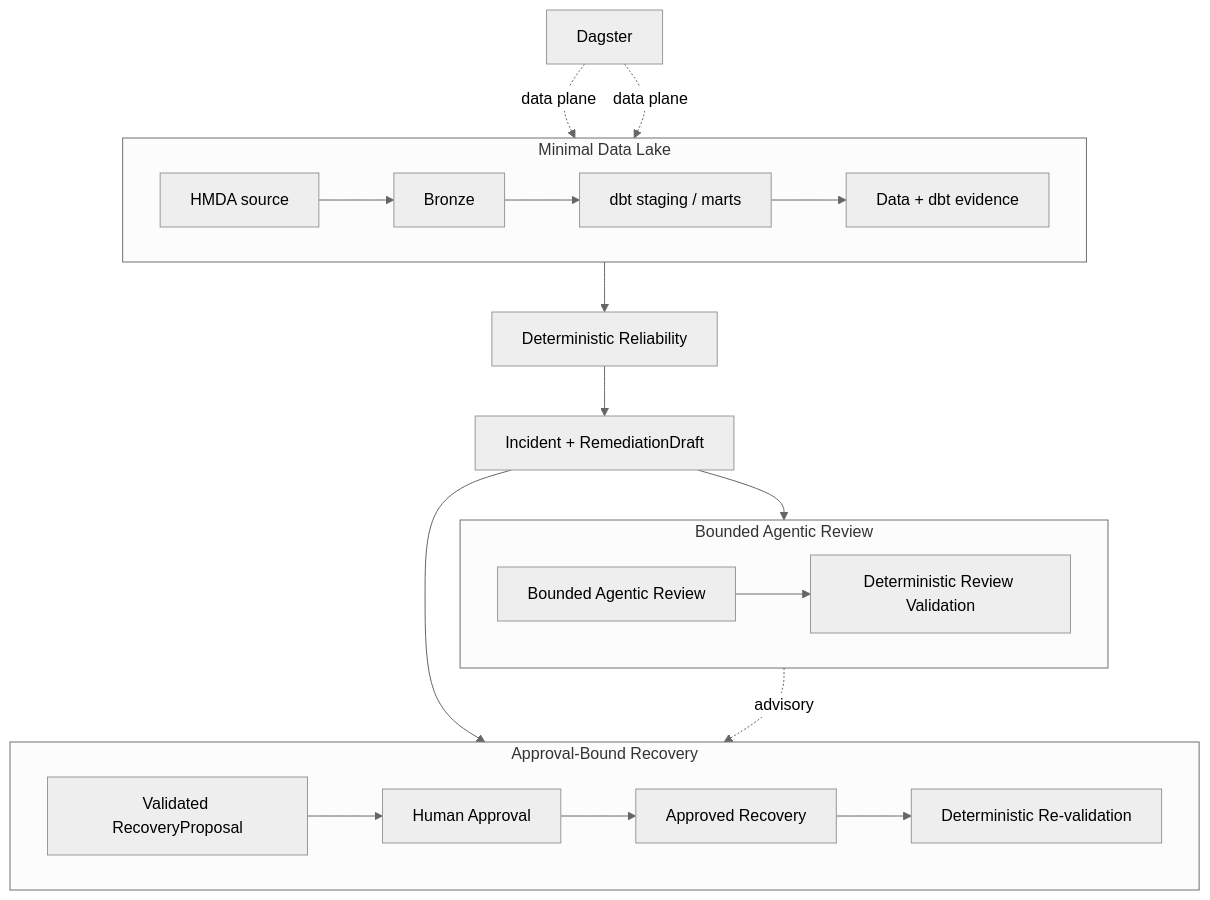
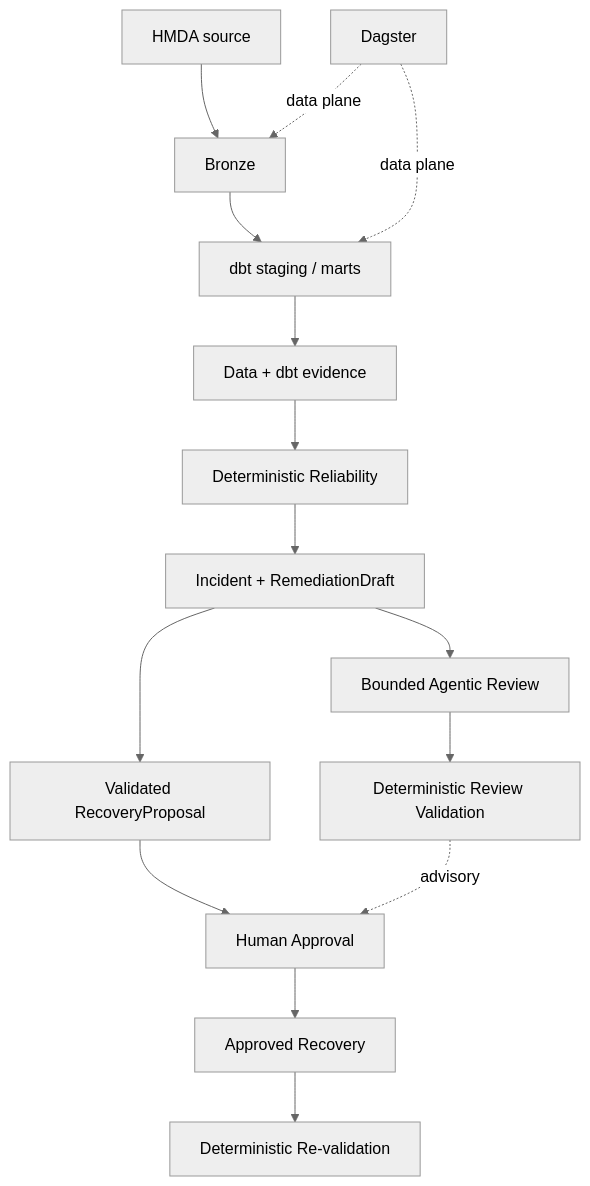
The diagram in docs/mvp.md (mols3131d/hmda-data-reliability), drawn with Mermaid (neutral theme) before and after one commit.

Commit message:
docs: simplify MVP Mermaid layout

````diff
--- a/docs/mvp.md
+++ b/docs/mvp.md
@@ -26,26 +26,20 @@
 ```mermaid
 flowchart TB
-    subgraph data_lake ["Minimal Data Lake"]
-        direction LR
-        source["HMDA source"] --> bronze["Bronze"] --> analytical["dbt staging / marts"] --> evidence["Data + dbt evidence"]
-    end
+    source["HMDA source"] --> bronze["Bronze"]
+    bronze --> analytical["dbt staging / marts"]
+    analytical --> evidence["Data + dbt evidence"]
+    evidence --> reliability["Deterministic Reliability"]
+    reliability --> incident["Incident + RemediationDraft"]
 
-    evidence --> reliability["Deterministic Reliability"] --> incident["Incident + RemediationDraft"]
+    incident --> agent["Bounded Agentic Review"]
+    agent --> guard["Deterministic Review Validation"]
 
-    subgraph agentic_review ["Bounded Agentic Review"]
-        direction LR
-        agent["Bounded Agentic Review"] --> guard["Deterministic Review Validation"]
-    end
-
-    subgraph recovery_path ["Approval-Bound Recovery"]
-        direction LR
-        proposal["Validated RecoveryProposal"] --> human["Human Approval"] --> recovery["Approved Recovery"] --> verify["Deterministic Re-validation"]
-    end
-
-    incident --> agent
-    incident --> proposal
+    incident --> proposal["Validated RecoveryProposal"]
+    proposal --> human["Human Approval"]
     guard -. advisory .-> human
+    human --> recovery["Approved Recovery"]
+    recovery --> verify["Deterministic Re-validation"]
 
     dagster["Dagster"] -. data plane .-> bronze
     dagster -. data plane .-> analytical
 ```
````
